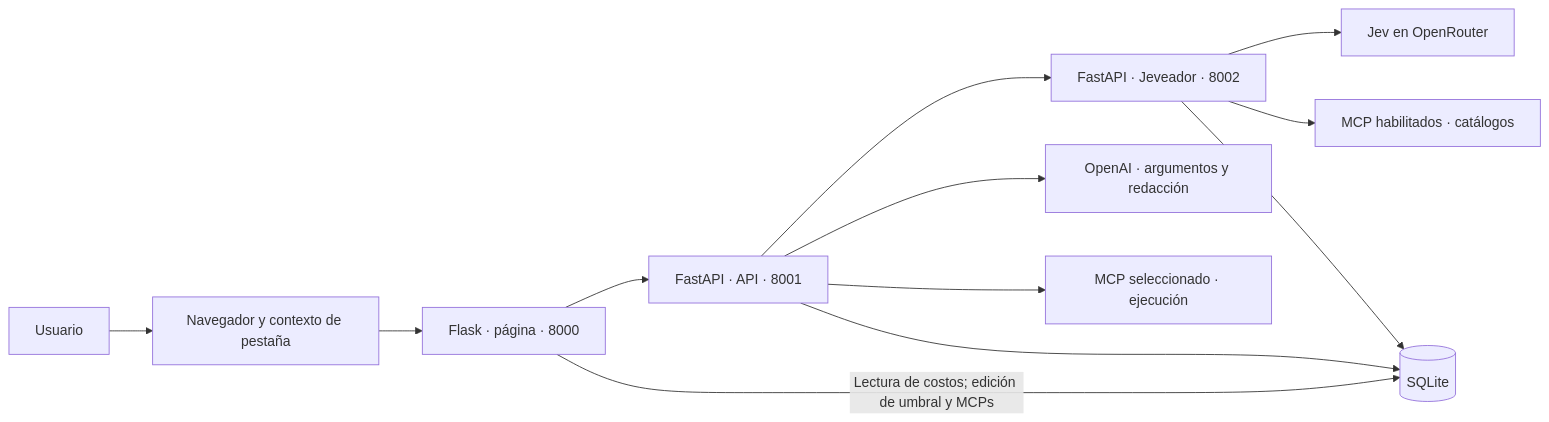
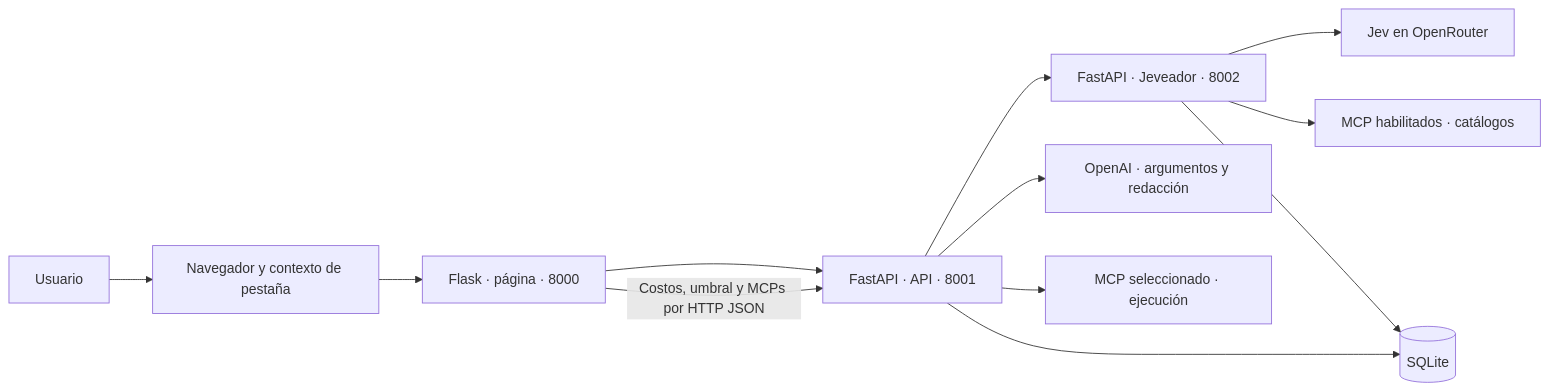
One commit to braulito/jevraulio changed the first of 2 diagrams in README.md. Above: the diagram before and after it, drawn with Mermaid. The commit also changed other lines of this file and 18 other files, not shown here.

````diff
--- a/README.md
+++ b/README.md
@@ -128,14 +135,14 @@
 ```mermaid
 flowchart LR
     U[Usuario] --> B[Navegador y contexto de pestaña]
     B --> P[Flask · página · 8000]
     P --> A[FastAPI · API · 8001]
     A --> J[FastAPI · Jeveador · 8002]
     J --> V[Jev en OpenRouter]
     J --> M[MCP habilitados · catálogos]
     A --> L[OpenAI · argumentos y redacción]
     A --> E[MCP seleccionado · ejecución]
     A --> D[(SQLite)]
     J --> D
-    P -->|Lectura de costos; edición de umbral y MCPs| D
+    P -->|Costos, umbral y MCPs por HTTP JSON| A
 ```
````
